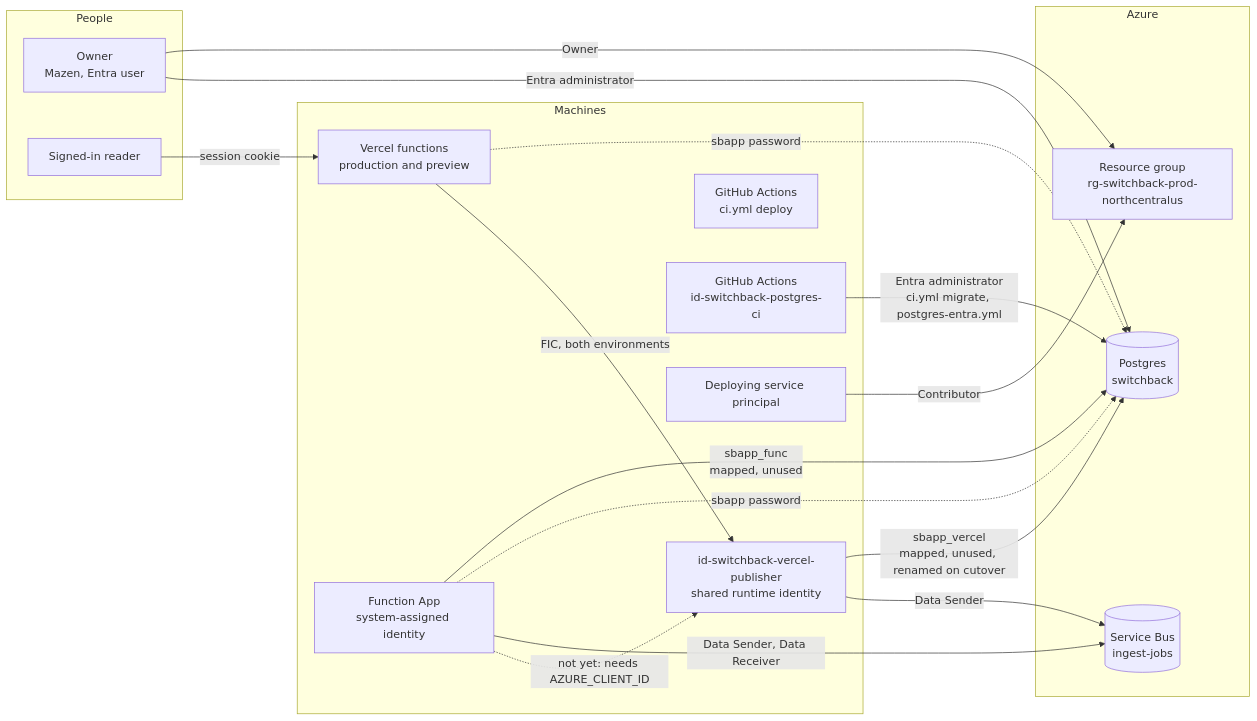
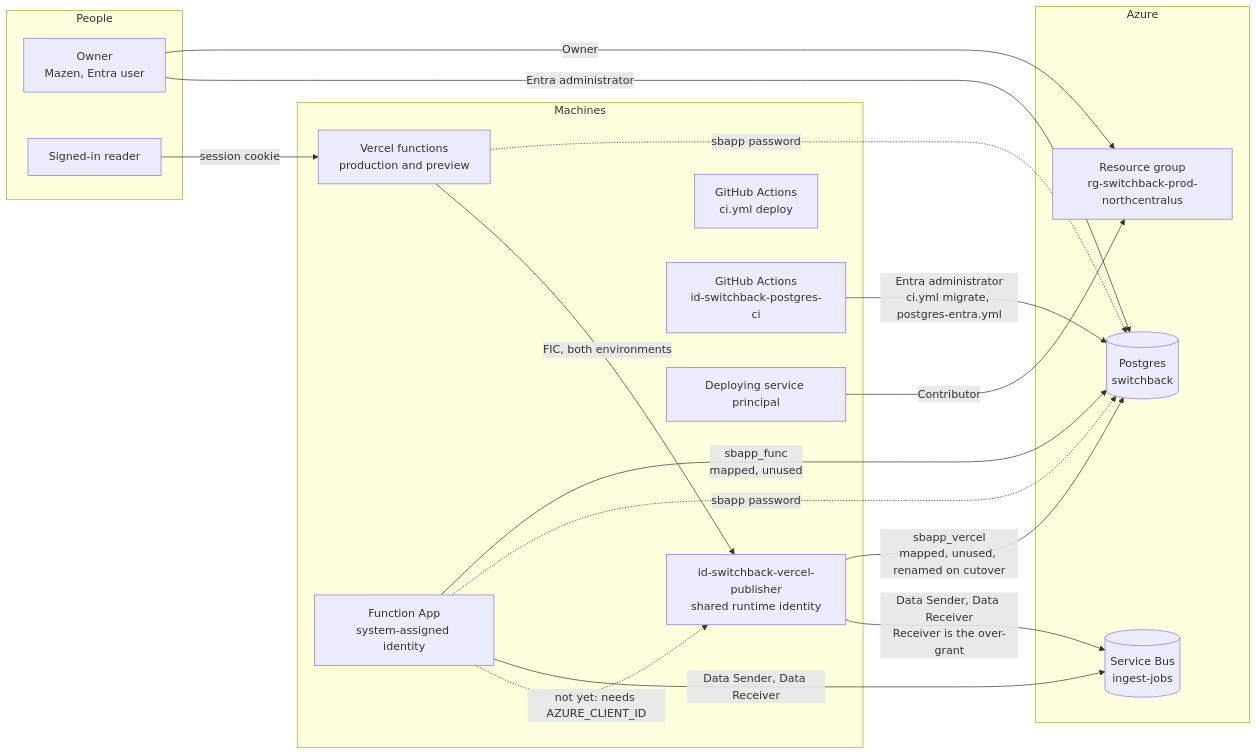
Before and after one commit to mbahgatTech/switchback: the seventh of 10 diagrams in docs/architecture.md, drawn with Mermaid. The commit also changed other lines of this file and 6 other files, not shown here.

````diff
--- a/docs/architecture.md
+++ b/docs/architecture.md
@@ -216,34 +216,34 @@
 ```mermaid
 graph LR
   subgraph People
     OWNER[Owner<br/>Mazen, Entra user]
     READER[Signed-in reader]
   end
   subgraph Machines
     VERCEL[Vercel functions<br/>production and preview]
     FUNC[Function App<br/>system-assigned identity]
     RUNTIME[id-switchback-vercel-publisher<br/>shared runtime identity]
     GHA[GitHub Actions<br/>ci.yml deploy]
     CI[GitHub Actions<br/>id-switchback-postgres-ci]
     SP[Deploying service principal]
   end
   subgraph Azure
     SB[(Service Bus<br/>ingest-jobs)]
     PG[(Postgres<br/>switchback)]
     RG[Resource group<br/>rg-switchback-prod-northcentralus]
   end
 
   VERCEL -->|FIC, both environments| RUNTIME
   FUNC -.->|not yet: needs AZURE_CLIENT_ID| RUNTIME
-  RUNTIME -->|Data Sender| SB
+  RUNTIME -->|Data Sender, Data Receiver<br/>Receiver is the over-grant| SB
   FUNC -->|Data Sender, Data Receiver| SB
   VERCEL -.->|sbapp password| PG
   FUNC -.->|sbapp password| PG
   RUNTIME -->|sbapp_vercel<br/>mapped, unused, renamed on cutover| PG
   FUNC -->|sbapp_func<br/>mapped, unused| PG
   CI -->|Entra administrator<br/>ci.yml migrate, postgres-entra.yml| PG
   OWNER -->|Entra administrator| PG
   OWNER -->|Owner| RG
   SP -->|Contributor| RG
   READER -->|session cookie| VERCEL
 ```
````
